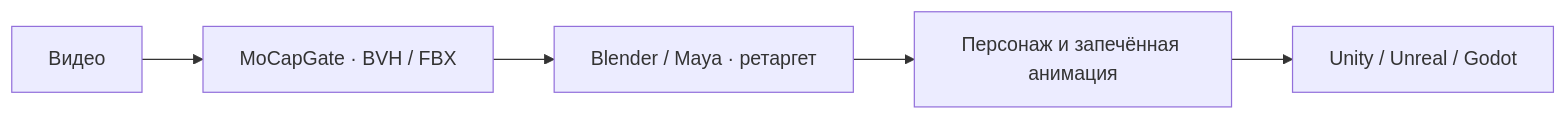
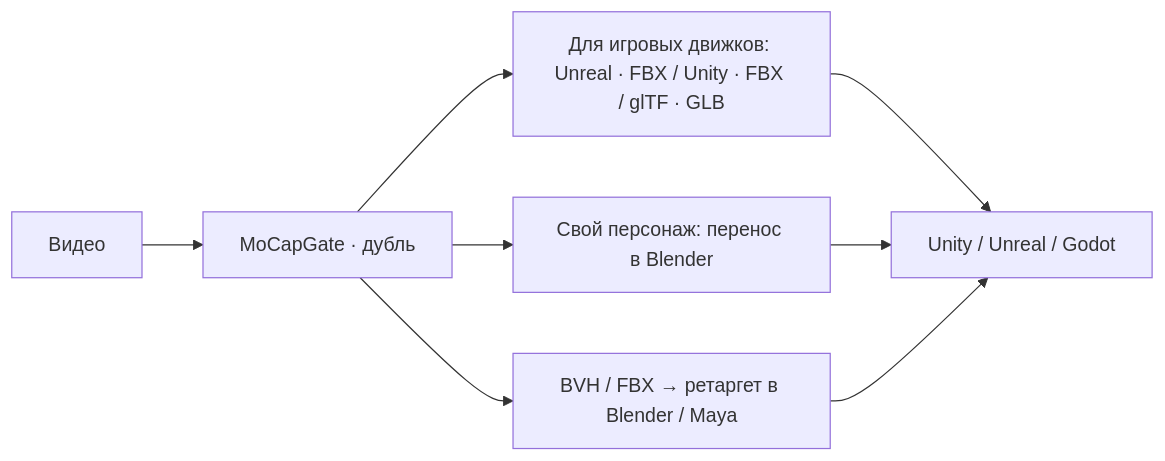
One commit to MaverickGH/mocapgate changed the diagram in targets/engines/README.md. Above: the diagram before and after it, drawn with Mermaid. The commit also changed other lines of this file and 3037 other files, not shown here.

````diff
--- a/targets/engines/README.md
+++ b/targets/engines/README.md
@@ -5,7 +6,10 @@
 ```mermaid
 flowchart LR
-    A[Видео] --> B[MoCapGate · BVH / FBX]
-    B --> C[Blender / Maya · ретаргет]
-    C --> D[Персонаж и запечённая анимация]
-    D --> E[Unity / Unreal / Godot]
+    A[Видео] --> B[MoCapGate · дубль]
+    B --> C[Для игровых движков: Unreal · FBX / Unity · FBX / glTF · GLB]
+    B --> D[Свой персонаж: перенос в Blender]
+    B --> E[BVH / FBX → ретаргет в Blender / Maya]
+    C --> F[Unity / Unreal / Godot]
+    D --> F
+    E --> F
 ```
````
